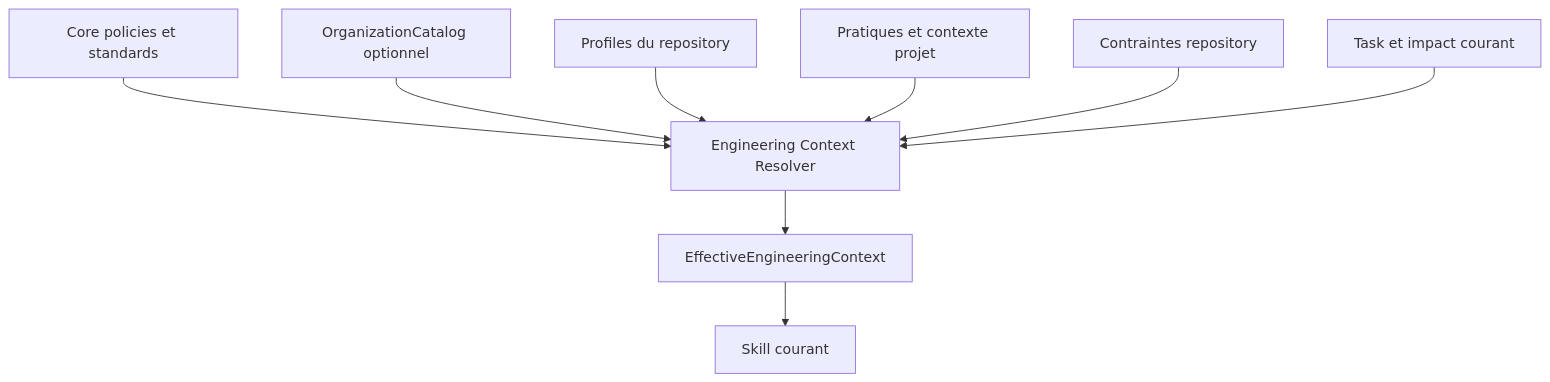
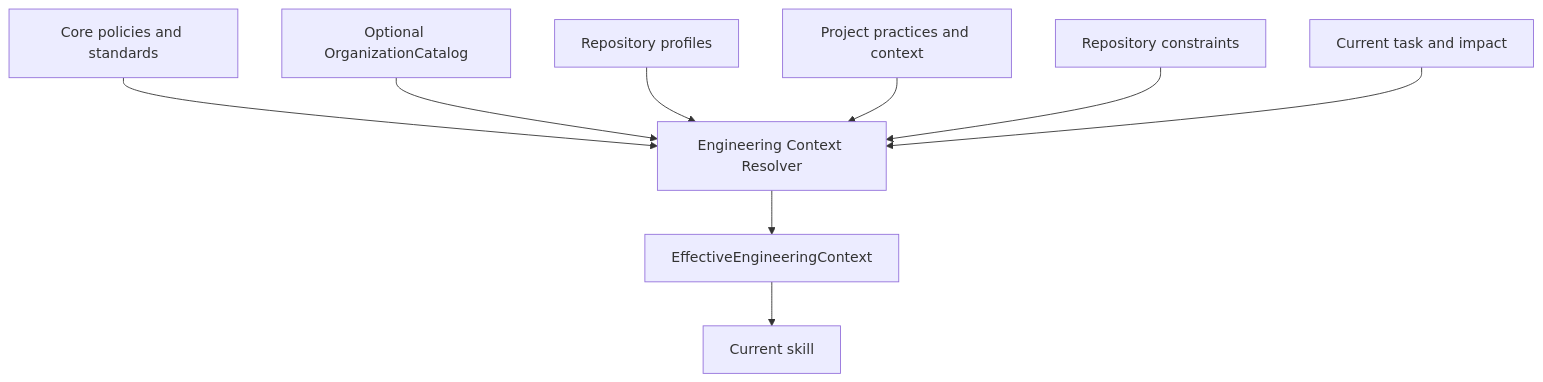
Before and after one commit to ricken07/ai-engineering-factory: the fourth of 8 diagrams in docs/00-factory-reference-architecture.md, drawn with Mermaid. The commit also changed other lines of this file and 32 other files, not shown here.

````diff
--- a/docs/00-factory-reference-architecture.md
+++ b/docs/00-factory-reference-architecture.md
@@ -284,20 +275,20 @@
 ```mermaid
 flowchart TD
-    core[Core policies et standards]
-    org[OrganizationCatalog optionnel]
-    profile[Profiles du repository]
-    project[Pratiques et contexte projet]
-    repo[Contraintes repository]
-    task[Task et impact courant]
+    core[Core policies and standards]
+    org[Optional OrganizationCatalog]
+    profile[Repository profiles]
+    project[Project practices and context]
+    repo[Repository constraints]
+    task[Current task and impact]
     resolver[Engineering Context Resolver]
     effective[EffectiveEngineeringContext]
-    skill[Skill courant]
+    skill[Current skill]
 
     core --> resolver
     org --> resolver
     profile --> resolver
     project --> resolver
     repo --> resolver
     task --> resolver
     resolver --> effective --> skill
 ```
````
